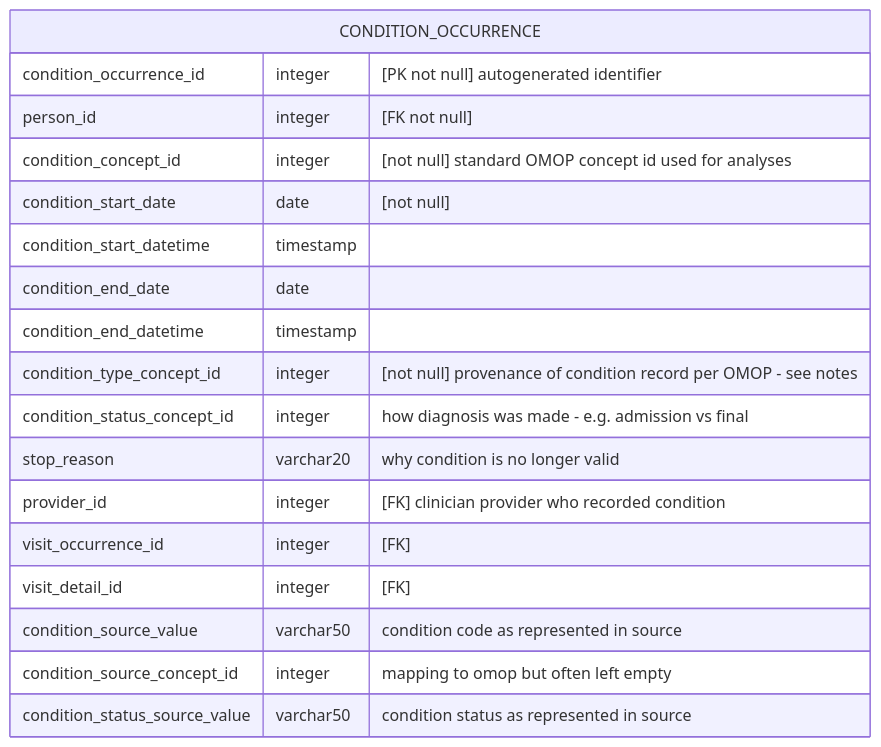
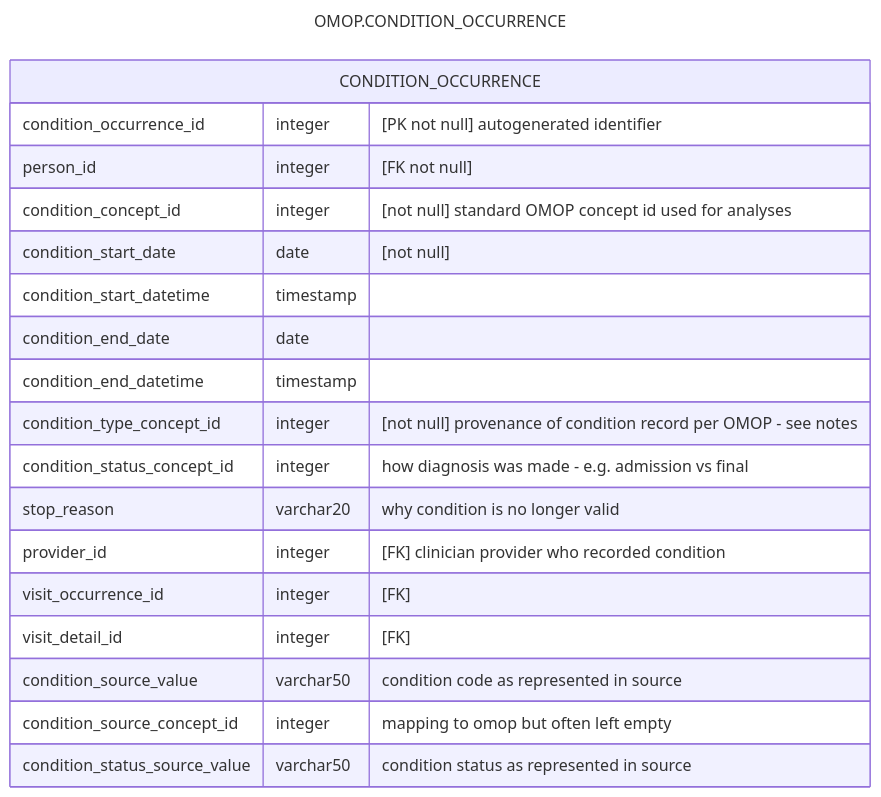
The first of 2 diagrams in pages/data_model/cdm_condition_occurrence.qmd (d3london/sde_aic_external_docs), drawn with Mermaid before and after one commit. The commit also changed other lines of this file and 4 other files, not shown here.

Commit message:
updated diagram labelling

````diff
--- a/pages/data_model/cdm_condition_occurrence.qmd
+++ b/pages/data_model/cdm_condition_occurrence.qmd
@@ -6,21 +6,24 @@
 ```{mermaid}
+---
+title: OMOP.CONDITION_OCCURRENCE
+---
 erDiagram
     CONDITION_OCCURRENCE {
         condition_occurrence_id integer "[PK not null] autogenerated identifier"
         person_id integer "[FK not null]"
         condition_concept_id integer "[not null] standard OMOP concept id used for analyses"
         condition_start_date date "[not null]"
         condition_start_datetime timestamp
         condition_end_date date
         condition_end_datetime timestamp
         condition_type_concept_id integer "[not null] provenance of condition record per OMOP - see notes"
         condition_status_concept_id integer "how diagnosis was made - e.g. admission vs final"
         stop_reason varchar20 "why condition is no longer valid"
         provider_id integer "[FK] clinician provider who recorded condition"
         visit_occurrence_id integer "[FK]"
         visit_detail_id integer "[FK]"
         condition_source_value varchar50 "condition code as represented in source"
         condition_source_concept_id integer "mapping to omop but often left empty"
         condition_status_source_value varchar50 "condition status as represented in source"
     }
 ```
````
